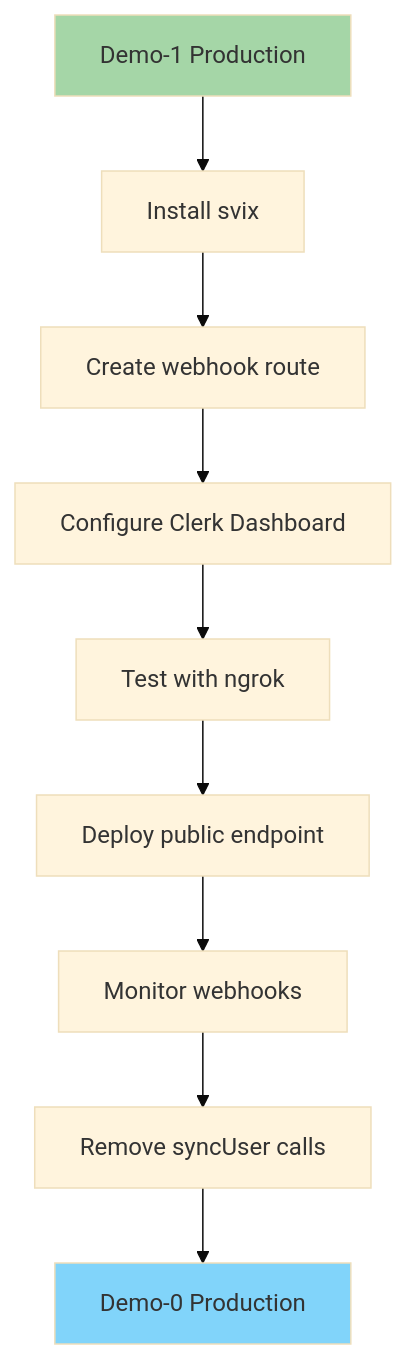
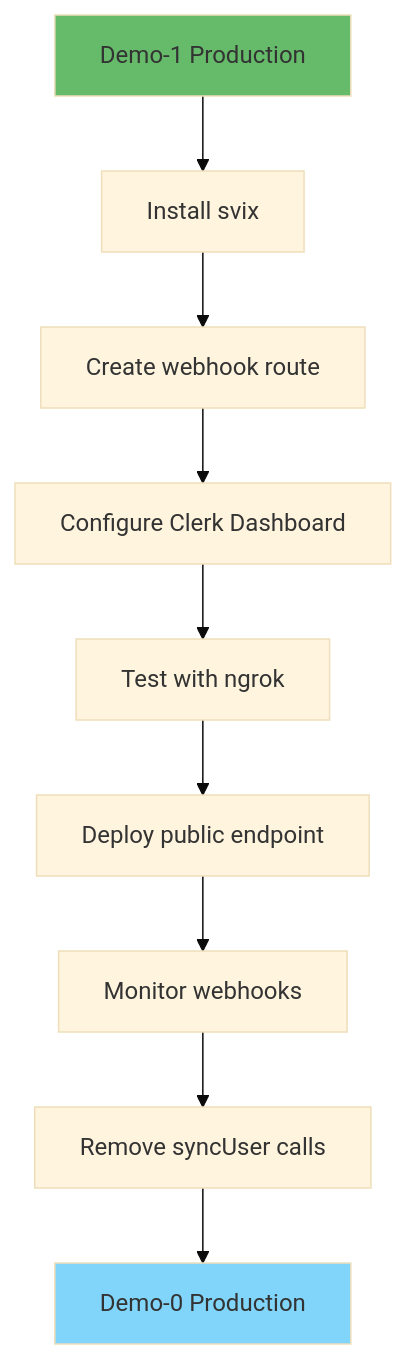
Before and after one commit to inskillflow/auths-1-NEXTJS-introduction: diagram 29 of 39 in 02-DIAGRAMMES_ARCHITECTURES.md, drawn with Mermaid (base theme). The commit also changed other lines of this file, not shown here.

````diff
--- a/02-DIAGRAMMES_ARCHITECTURES.md
+++ b/02-DIAGRAMMES_ARCHITECTURES.md
@@ -971,14 +971,14 @@
 ```mermaid
 graph TD
     START[Demo-1 Production] --> STEP1[Install svix]
     STEP1 --> STEP2[Create webhook route]
     STEP2 --> STEP3[Configure Clerk Dashboard]
     STEP3 --> STEP4[Test with ngrok]
     STEP4 --> STEP5[Deploy public endpoint]
     STEP5 --> STEP6[Monitor webhooks]
     STEP6 --> STEP7[Remove syncUser calls]
     STEP7 --> END[Demo-0 Production]
     
-    style START fill:#a5d6a7
+    style START fill:#66bb6a
     style END fill:#81d4fa
 ```
````
